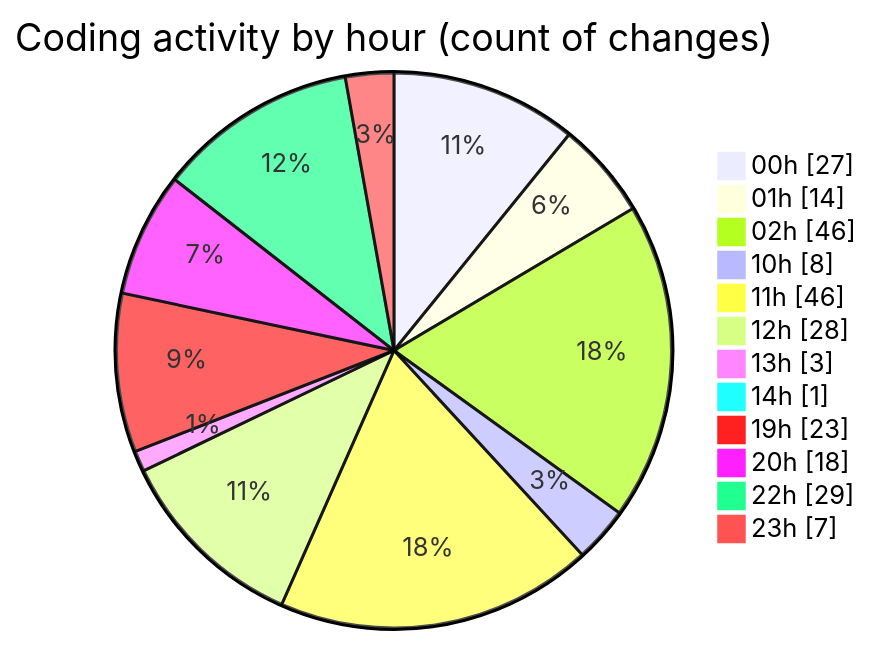
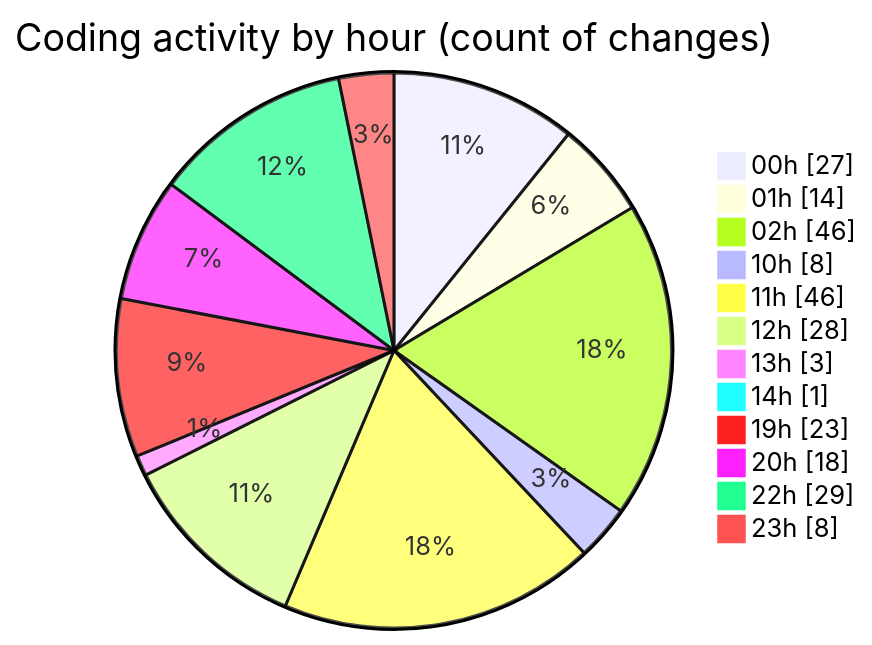
The second of 2 diagrams in 2025-07-17/nhahang/README.md (lephambinh05/code-tracking), drawn with Mermaid before and after one commit. The commit also changed other lines of this file and 1 other file, not shown here.

````diff
--- a/2025-07-17/nhahang/README.md
+++ b/2025-07-17/nhahang/README.md
@@ -104,16 +104,16 @@
 ```mermaid
 pie showData
 title Coding activity by hour (count of changes)
 "00h" : 27
 "01h" : 14
 "02h" : 46
 "10h" : 8
 "11h" : 46
 "12h" : 28
 "13h" : 3
 "14h" : 1
 "19h" : 23
 "20h" : 18
 "22h" : 29
-"23h" : 7
+"23h" : 8
 ```
````
